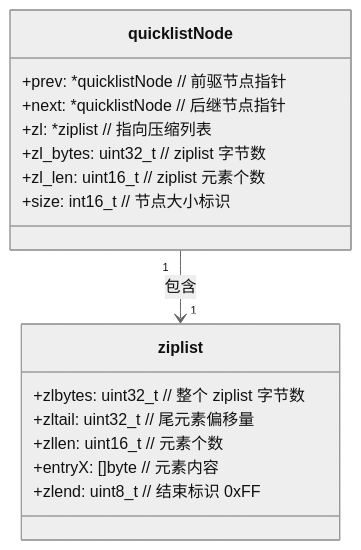
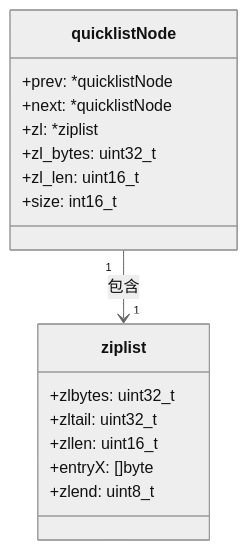
The second of 4 diagrams in 数据库/Redis/存储类型/quicklist.md (canaan-wang/canaan-wang.github.io), drawn with Mermaid (neutral theme) before and after one commit. The commit also changed other lines of this file and 3 other files, not shown here.

````diff
--- a/数据库/Redis/存储类型/quicklist.md
+++ b/数据库/Redis/存储类型/quicklist.md
@@ -238,21 +48,21 @@
 ```mermaid
 classDiagram
     class quicklistNode {
-        +prev: *quicklistNode  // 前驱节点指针
-        +next: *quicklistNode  // 后继节点指针
-        +zl: *ziplist          // 指向压缩列表
-        +zl_bytes: uint32_t    // ziplist 字节数
-        +zl_len: uint16_t      // ziplist 元素个数
-        +size: int16_t         // 节点大小标识
+        +prev: *quicklistNode
+        +next: *quicklistNode
+        +zl: *ziplist
+        +zl_bytes: uint32_t
+        +zl_len: uint16_t
+        +size: int16_t
     }
-    
+
     class ziplist {
-        +zlbytes: uint32_t  // 整个 ziplist 字节数
-        +zltail: uint32_t   // 尾元素偏移量
-        +zllen: uint16_t    // 元素个数
-        +entryX: []byte     // 元素内容
-        +zlend: uint8_t     // 结束标识 0xFF
+        +zlbytes: uint32_t
+        +zltail: uint32_t
+        +zllen: uint16_t
+        +entryX: []byte
+        +zlend: uint8_t
     }
-    
+
     quicklistNode "1" --> "1" ziplist : 包含
 ```
````
